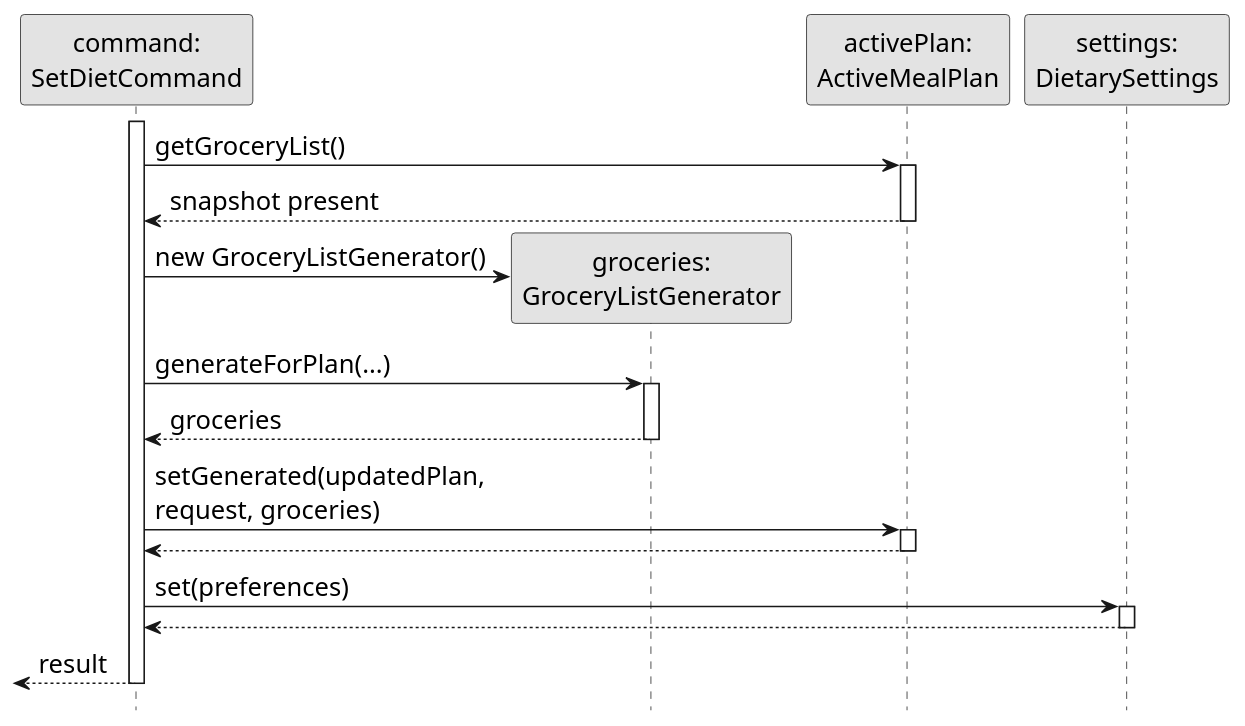
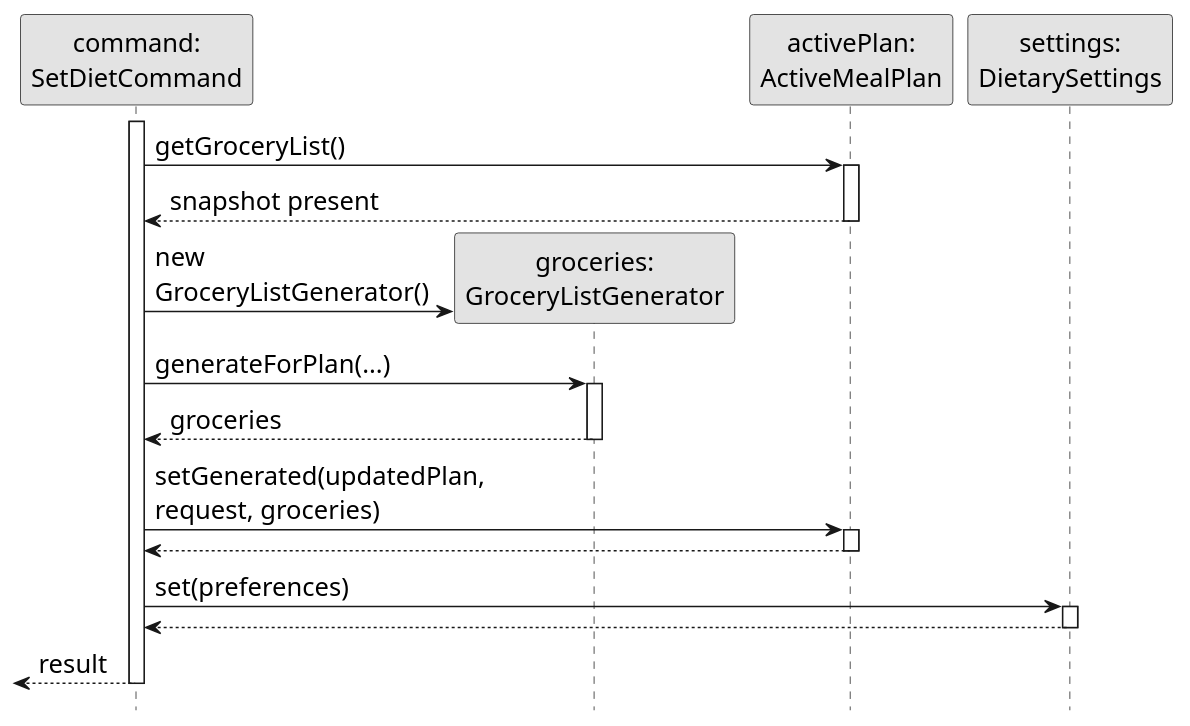
The diagram in docs/diagrams/dietary/execution.puml (AY2627S1-CS2113-W13-4/tp), drawn with PlantUML before and after one commit. The commit also changed 3 other files, not shown here.

First line of the commit message:
docs: keep activation bars visible in dietary sequence diagrams

```diff
--- a/docs/diagrams/dietary/execution.puml
+++ b/docs/diagrams/dietary/execution.puml
@@ -1,33 +1,34 @@
 @startuml
 skinparam backgroundColor white
 skinparam defaultFontName SansSerif
 skinparam defaultFontSize 17
 skinparam shadowing false
 skinparam monochrome true
 hide footbox
+' Keep the constructor label between the caller and the created participant.
 participant "command:\nSetDietCommand" as C
 participant "groceries:\nGroceryListGenerator" as G
 participant "activePlan:\nActiveMealPlan" as A
 participant "settings:\nDietarySettings" as S
 activate C
 C -> A : getGroceryList()
 activate A
 A --> C : snapshot present
 deactivate A
 create G
-C -> G : new GroceryListGenerator()
+C -> G : new\nGroceryListGenerator()
 C -> G : generateForPlan(...)
 activate G
 G --> C : groceries
 deactivate G
 C -> A : setGenerated(updatedPlan,\nrequest, groceries)
 activate A
 A --> C
 deactivate A
 C -> S : set(preferences)
 activate S
 S --> C
 deactivate S
 C -->[ : result
 deactivate C
 @enduml
```
